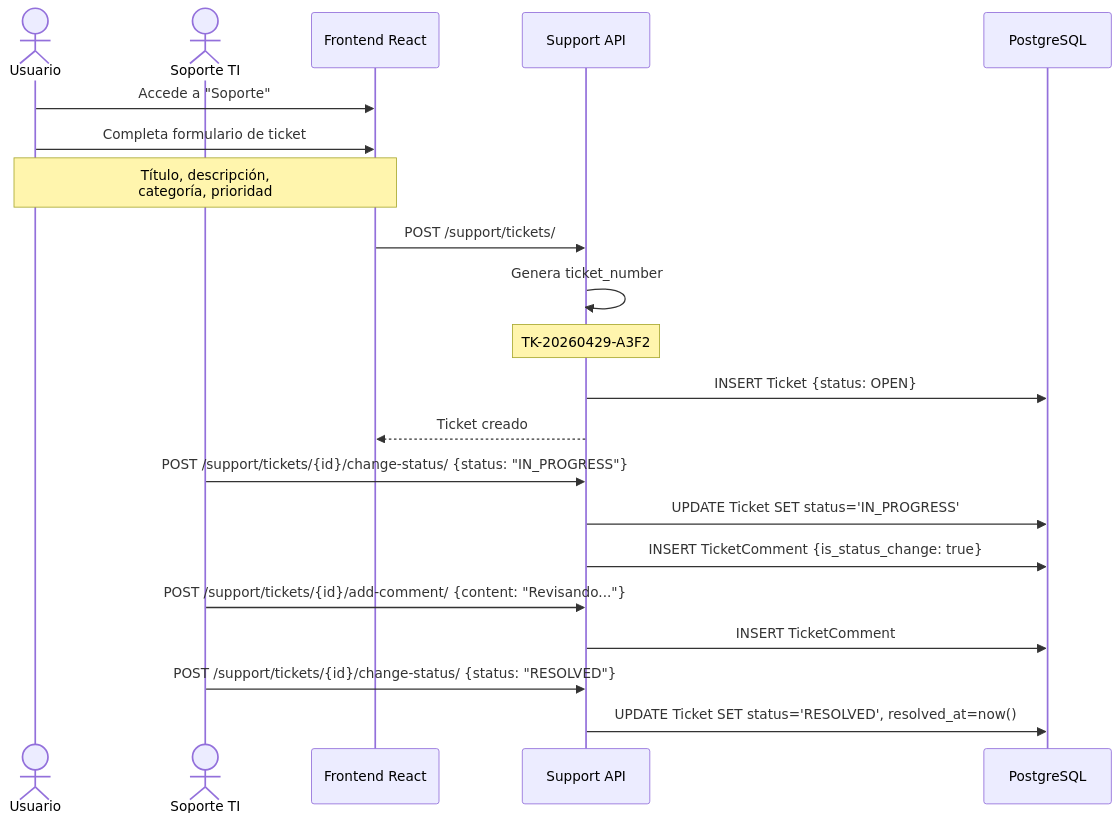
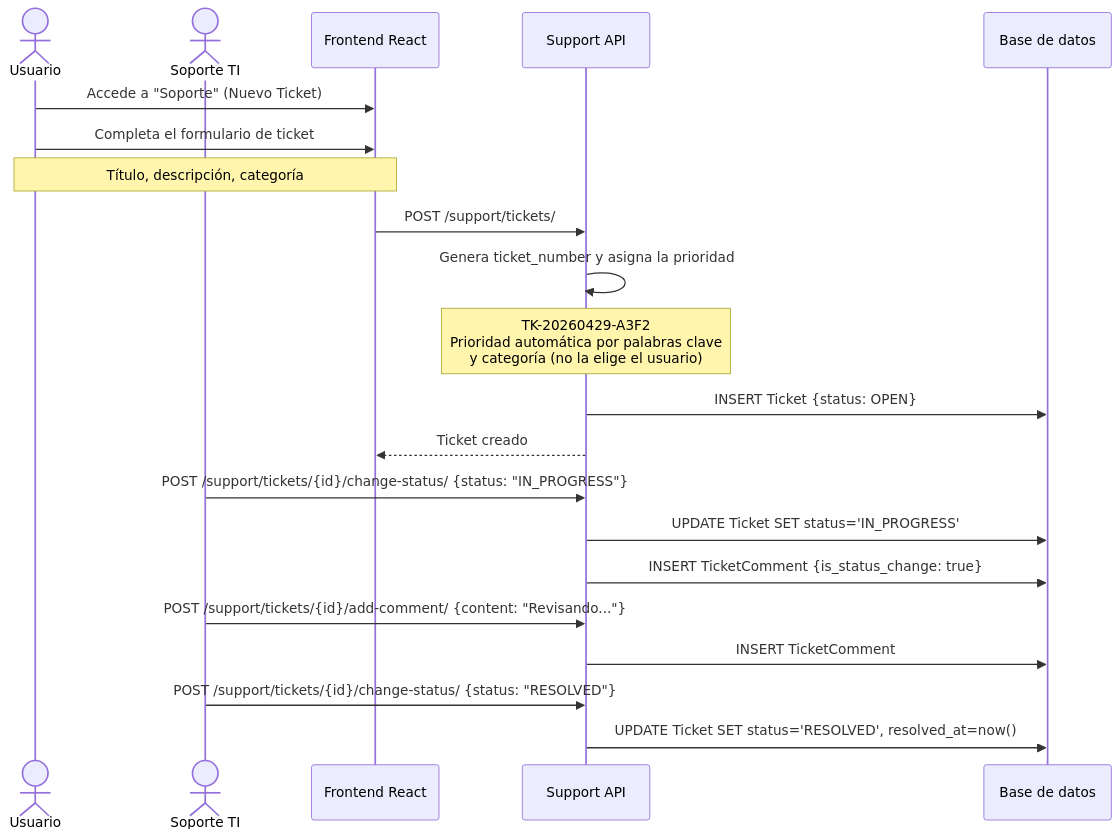
Before and after one commit to pccpegit/SYSPCCLOG: diagram 20 of 25 in docs/01_Casos_de_Uso.md, drawn with Mermaid. The commit also changed other lines of this file and 42 other files, not shown here.

````diff
--- a/docs/01_Casos_de_Uso.md
+++ b/docs/01_Casos_de_Uso.md
@@ -768,28 +990,28 @@
 ```mermaid
 sequenceDiagram
     actor USR as Usuario
     actor TI as Soporte TI
     participant UI as Frontend React
     participant API as Support API
-    participant DB as PostgreSQL
+    participant DB as Base de datos
 
-    USR->>UI: Accede a "Soporte"
-    USR->>UI: Completa formulario de ticket
-    Note over USR,UI: Título, descripción,<br/>categoría, prioridad
+    USR->>UI: Accede a "Soporte" (Nuevo Ticket)
+    USR->>UI: Completa el formulario de ticket
+    Note over USR,UI: Título, descripción, categoría
 
     UI->>API: POST /support/tickets/
-    API->>API: Genera ticket_number
-    Note over API: TK-20260429-A3F2
+    API->>API: Genera ticket_number y asigna la prioridad
+    Note over API: TK-20260429-A3F2<br/>Prioridad automática por palabras clave<br/>y categoría (no la elige el usuario)
     API->>DB: INSERT Ticket {status: OPEN}
     API-->>UI: Ticket creado
 
     TI->>API: POST /support/tickets/{id}/change-status/ {status: "IN_PROGRESS"}
     API->>DB: UPDATE Ticket SET status='IN_PROGRESS'
     API->>DB: INSERT TicketComment {is_status_change: true}
 
     TI->>API: POST /support/tickets/{id}/add-comment/ {content: "Revisando..."}
     API->>DB: INSERT TicketComment
 
     TI->>API: POST /support/tickets/{id}/change-status/ {status: "RESOLVED"}
     API->>DB: UPDATE Ticket SET status='RESOLVED', resolved_at=now()
 ```
````
